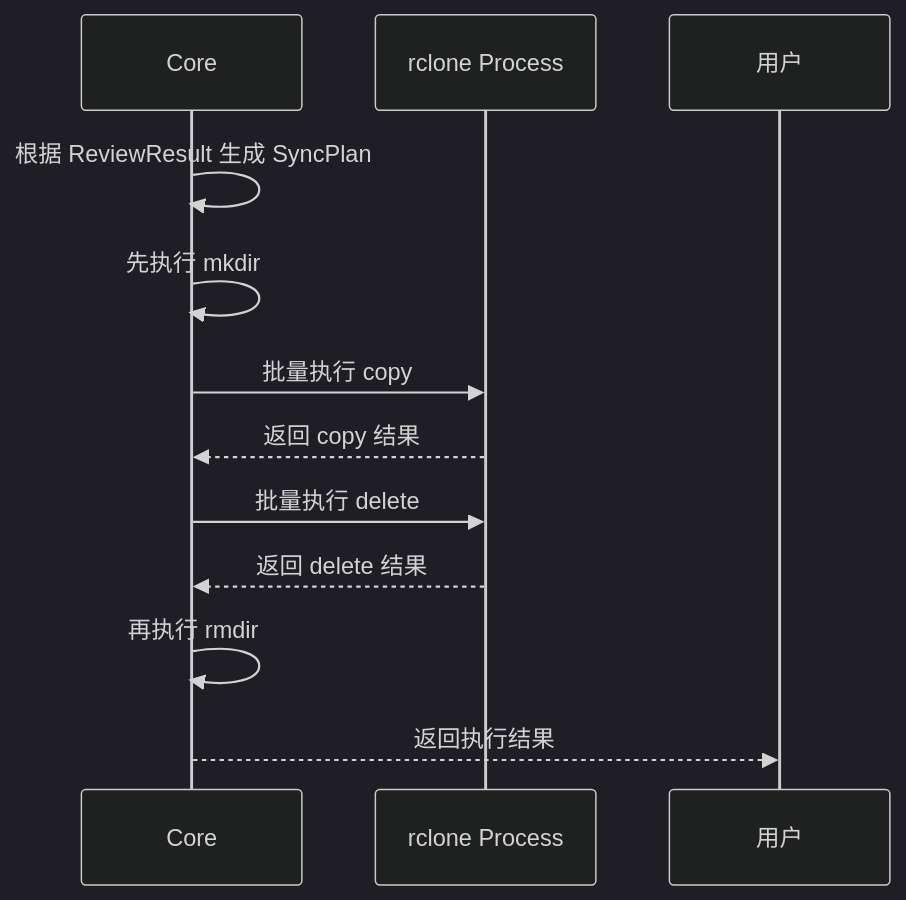
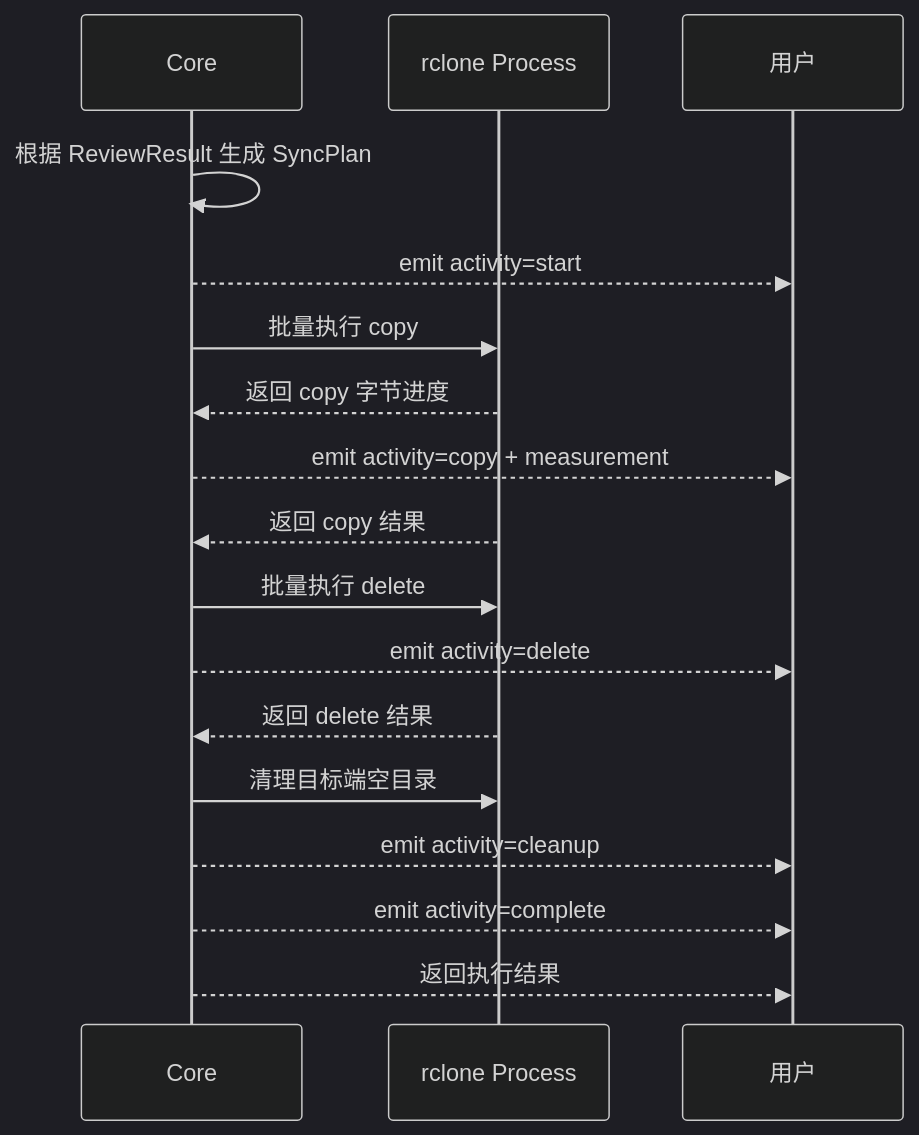
One commit to agalloch21/sync-with-rclone changed the ninth of 10 diagrams in docs/Flows.md. Above: the diagram before and after it, drawn with Mermaid (dark theme). The commit also changed other lines of this file and 10 other files, not shown here.

````diff
--- a/docs/Flows.md
+++ b/docs/Flows.md
@@ -235,15 +235,20 @@
 ```mermaid
 sequenceDiagram
   participant C as Core
   participant RC as rclone Process
   participant U as 用户
 
   C->>C: 根据 ReviewResult 生成 SyncPlan
-  C->>C: 先执行 mkdir
+  C-->>U: emit activity=start
   C->>RC: 批量执行 copy
+  RC-->>C: 返回 copy 字节进度
+  C-->>U: emit activity=copy + measurement
   RC-->>C: 返回 copy 结果
   C->>RC: 批量执行 delete
+  C-->>U: emit activity=delete
   RC-->>C: 返回 delete 结果
-  C->>C: 再执行 rmdir
+  C->>RC: 清理目标端空目录
+  C-->>U: emit activity=cleanup
+  C-->>U: emit activity=complete
   C-->>U: 返回执行结果
 ```
````
